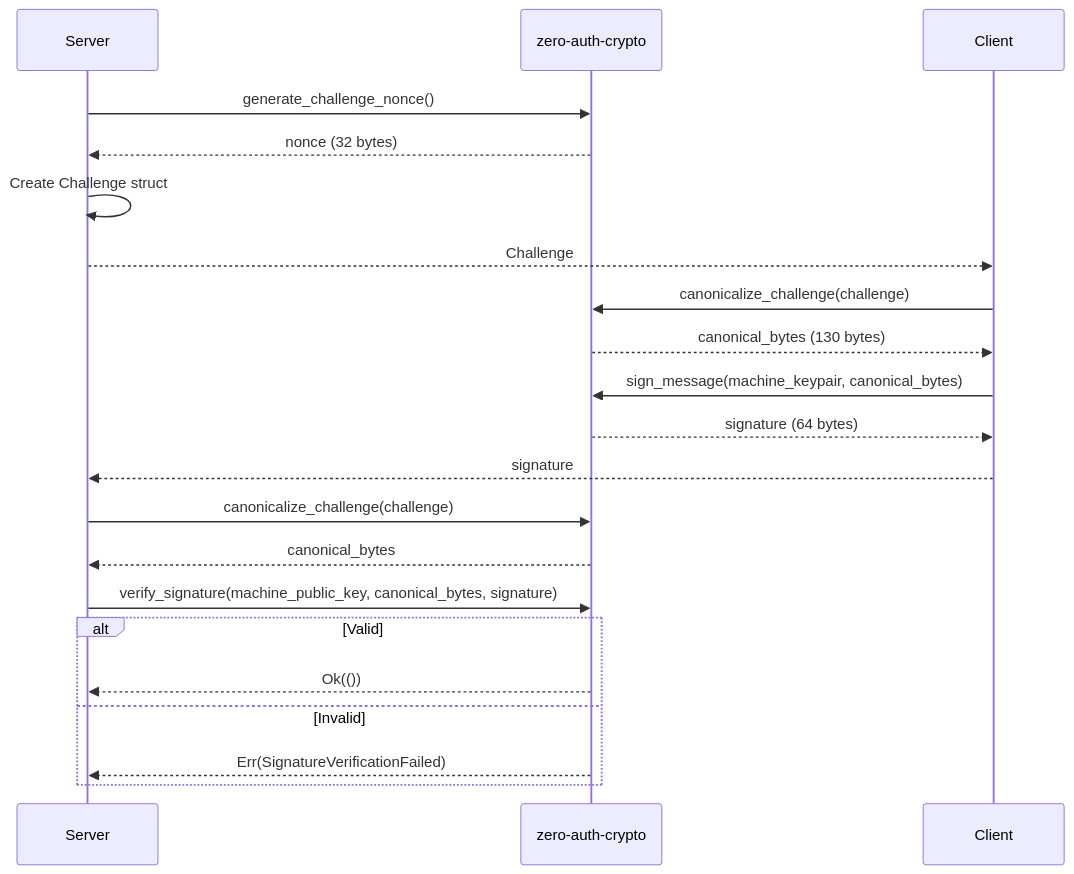
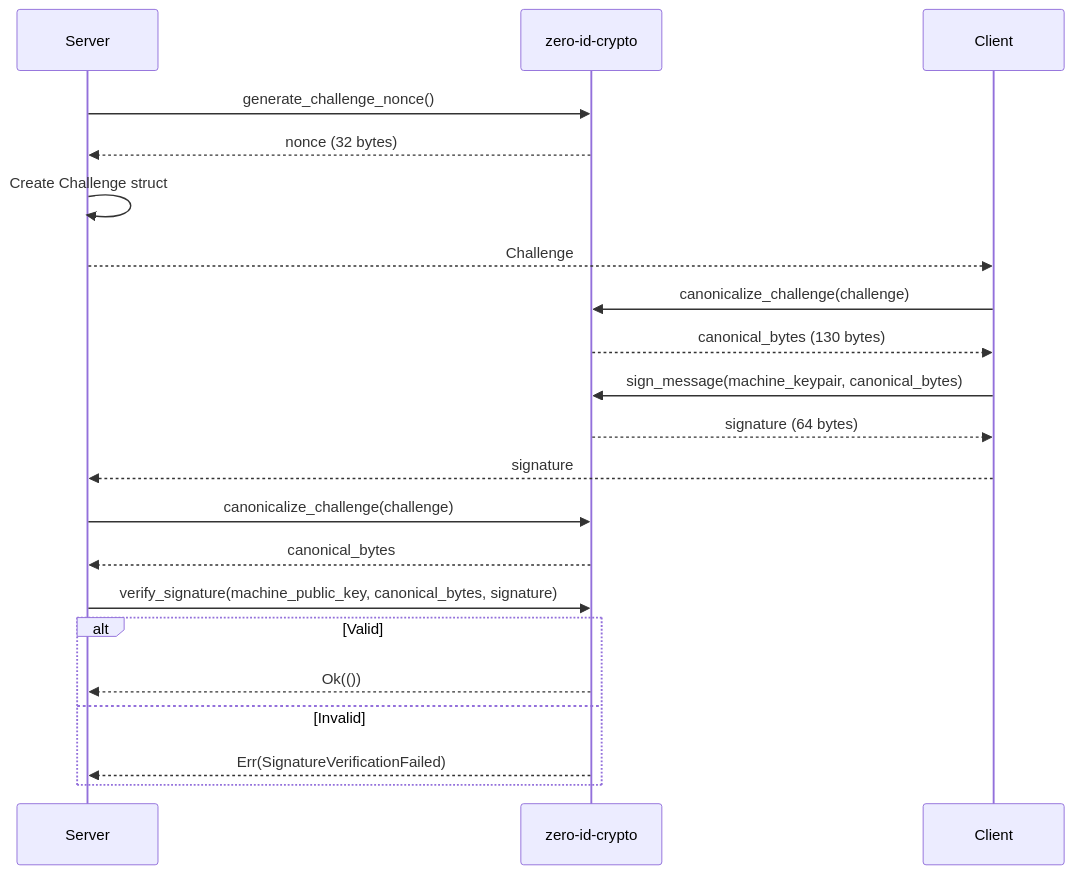
The fifth of 6 diagrams in docs/spec/v0.1/01-crypto.md (cypher-asi/zero-auth), drawn with Mermaid before and after one commit. The commit also changed other lines of this file and 235 other files, not shown here.

Commit message:
refactor: rename zero-auth to zero-id across codebase

````diff
--- a/docs/spec/v0.1/01-crypto.md
+++ b/docs/spec/v0.1/01-crypto.md
@@ -566,26 +566,26 @@
 ```mermaid
 sequenceDiagram
     participant Server
-    participant Crypto as zero-auth-crypto
+    participant Crypto as zero-id-crypto
     participant Client
     
     Server->>Crypto: generate_challenge_nonce()
     Crypto-->>Server: nonce (32 bytes)
     Server->>Server: Create Challenge struct
     Server-->>Client: Challenge
     
     Client->>Crypto: canonicalize_challenge(challenge)
     Crypto-->>Client: canonical_bytes (130 bytes)
     Client->>Crypto: sign_message(machine_keypair, canonical_bytes)
     Crypto-->>Client: signature (64 bytes)
     Client-->>Server: signature
     
     Server->>Crypto: canonicalize_challenge(challenge)
     Crypto-->>Server: canonical_bytes
     Server->>Crypto: verify_signature(machine_public_key, canonical_bytes, signature)
     alt Valid
         Crypto-->>Server: Ok(())
     else Invalid
         Crypto-->>Server: Err(SignatureVerificationFailed)
     end
 ```
````
